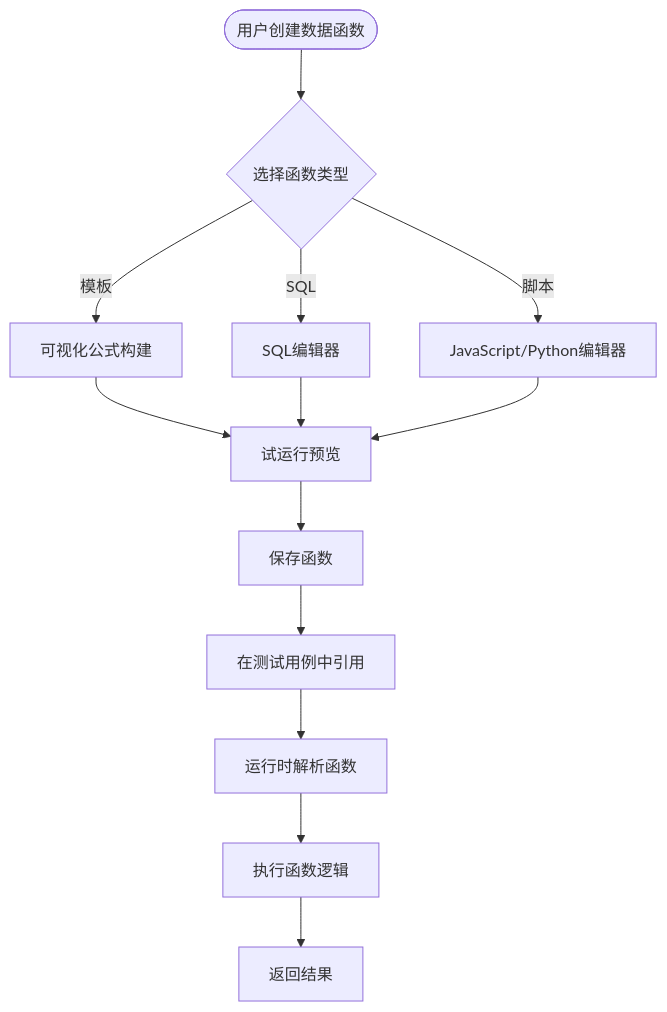
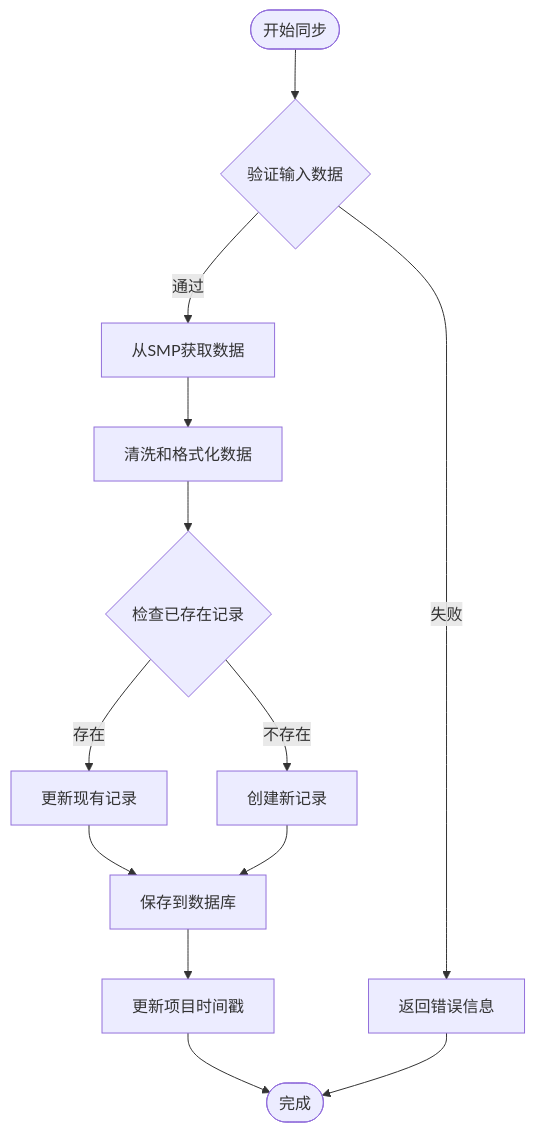
The third of 8 diagrams in .qoder/repowiki/zh/content/核心功能模块/API 测试模块.md (Lichhu/caseForge), drawn with Mermaid before and after one commit. The commit also changed other lines of this file and 8 other files, not shown here.

````diff
--- a/.qoder/repowiki/zh/content/核心功能模块/API 测试模块.md
+++ b/.qoder/repowiki/zh/content/核心功能模块/API 测试模块.md
@@ -396,15 +241,15 @@
 ```mermaid
 flowchart TD
-Start(["用户创建数据函数"]) --> Type{"选择函数类型"}
-Type --> |模板| Builder["可视化公式构建"]
-Type --> |SQL| SqlEditor["SQL编辑器"]
-Type --> |脚本| ScriptEditor["JavaScript/Python编辑器"]
-Builder --> Preview["试运行预览"]
-SqlEditor --> Preview
-ScriptEditor --> Preview
-Preview --> Save["保存函数"]
-Save --> Use["在测试用例中引用"]
-Use --> Resolve["运行时解析函数"]
-Resolve --> Execute["执行函数逻辑"]
-Execute --> Result["返回结果"]
+Start(["开始同步"]) --> Validate{"验证输入数据"}
+Validate --> |通过| FetchData["从SMP获取数据"]
+Validate --> |失败| Error["返回错误信息"]
+FetchData --> CleanData["清洗和格式化数据"]
+CleanData --> CheckExisting{"检查已存在记录"}
+CheckExisting --> |存在| Update["更新现有记录"]
+CheckExisting --> |不存在| Create["创建新记录"]
+Update --> Save["保存到数据库"]
+Create --> Save
+Save --> UpdateProject["更新项目时间戳"]
+UpdateProject --> End(["完成"])
+Error --> End
 ```
````
